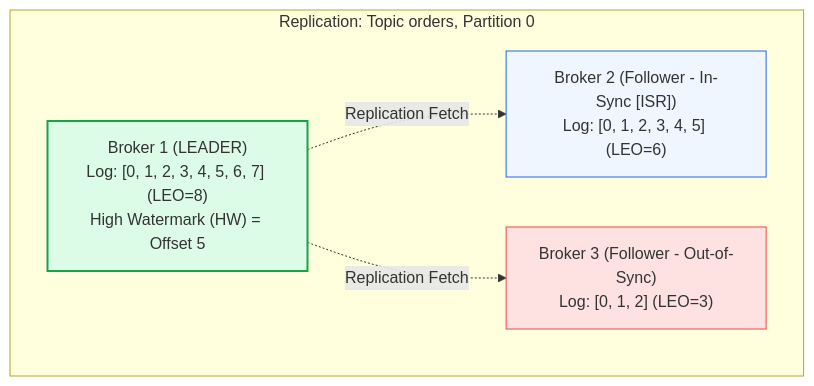
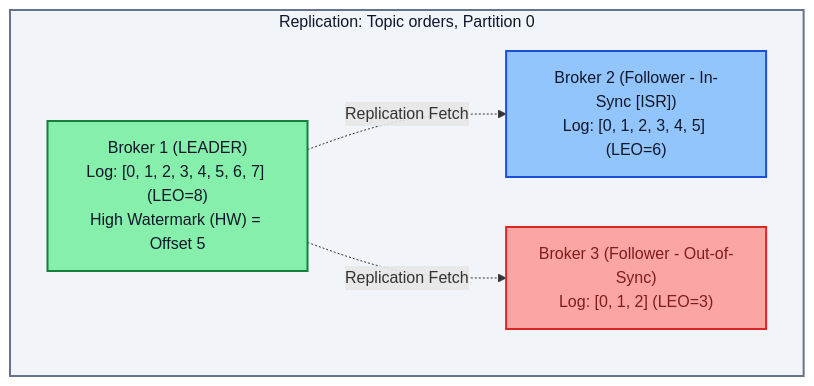
One commit to PandeyKishan/Study-Notes changed the fifth of 5 diagrams in 03-Apache-Kafka/01-Architecture-and-Log-Internals.md. Above: the diagram before and after it, drawn with Mermaid. The commit also changed other lines of this file and 22 other files, not shown here.

Commit message:
docs: enhance diagram visibility with high-contrast palette and add concise book definitions

````diff
--- a/03-Apache-Kafka/01-Architecture-and-Log-Internals.md
+++ b/03-Apache-Kafka/01-Architecture-and-Log-Internals.md
@@ -189,15 +229,16 @@
 ```mermaid
 flowchart TD
     subgraph Topic_Partition_0["Replication: Topic orders, Partition 0"]
         Leader["Broker 1 (LEADER)\nLog: [0, 1, 2, 3, 4, 5, 6, 7] (LEO=8)\nHigh Watermark (HW) = Offset 5"]
         F1["Broker 2 (Follower - In-Sync [ISR])\nLog: [0, 1, 2, 3, 4, 5] (LEO=6)"]
         F2["Broker 3 (Follower - Out-of-Sync)\nLog: [0, 1, 2] (LEO=3)"]
 
         Leader -.->|Replication Fetch| F1
         Leader -.->|Replication Fetch| F2
     end
 
-    style Leader fill:#dcfce7,stroke:#16a34a,stroke-width:2px
-    style F1 fill:#eff6ff,stroke:#2563eb,stroke-width:1px
-    style F2 fill:#fee2e2,stroke:#ef4444,stroke-width:1px
+    style Topic_Partition_0 fill:#f1f5f9,stroke:#64748b,stroke-width:2px,color:#0f172a
+    style Leader fill:#86efac,stroke:#15803d,stroke-width:2px,color:#0f172a
+    style F1 fill:#93c5fd,stroke:#1d4ed8,stroke-width:2px,color:#0f172a
+    style F2 fill:#fca5a5,stroke:#dc2626,stroke-width:2px,color:#7f1d1d
 ```
````
